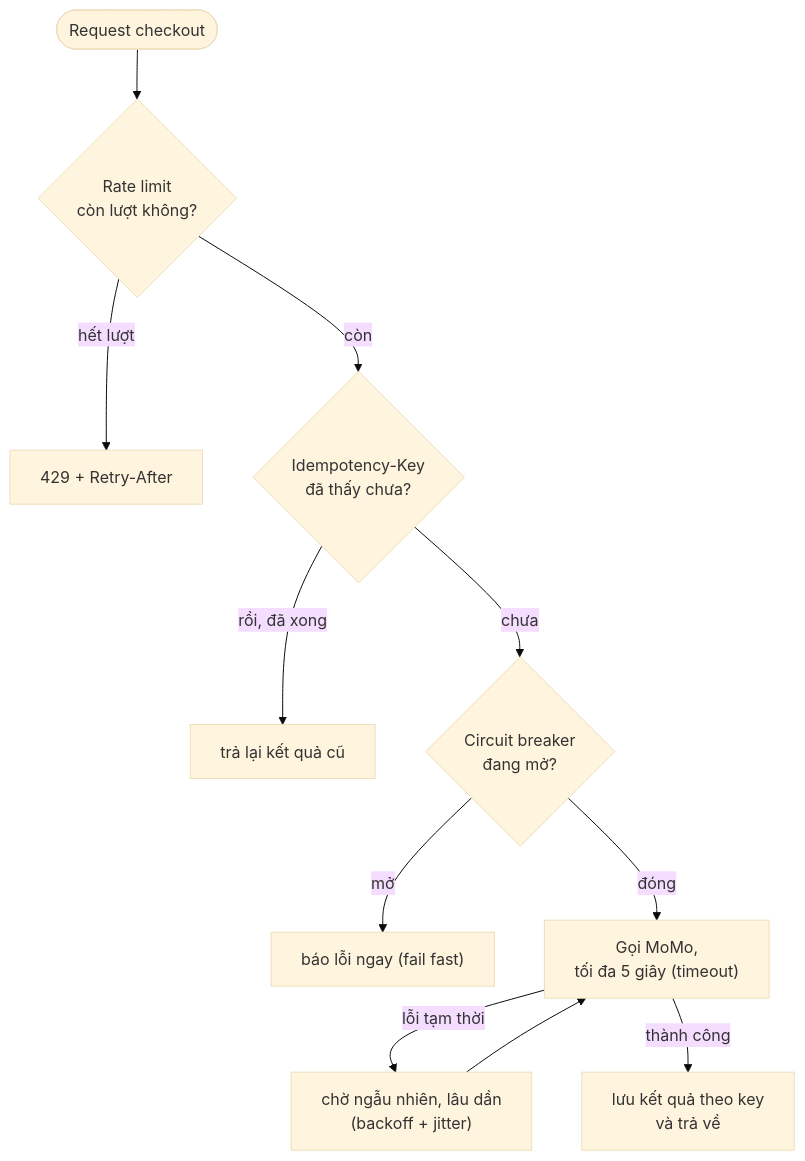
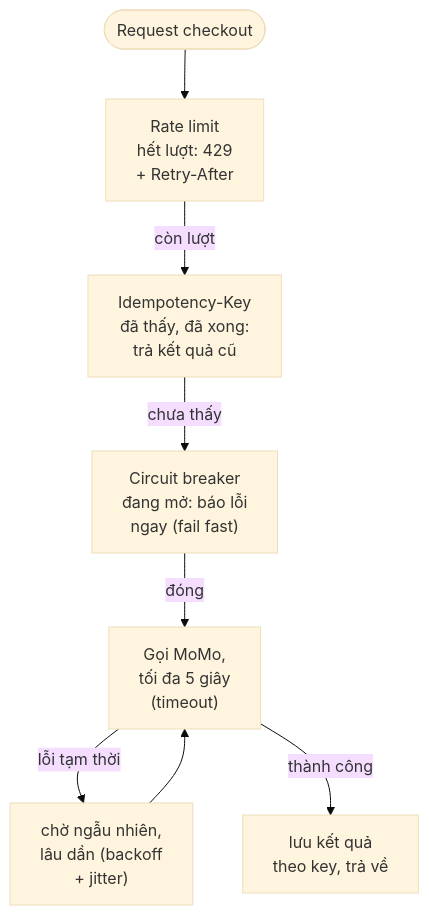
The first of 2 diagrams in content/posts/2026-11-18-api-reliability.md (duongbui234/software-engineering-atlas), drawn with Mermaid (base theme) before and after one commit. The commit also changed other lines of this file and 134 other files, not shown here.

First line of the commit message:
Fit every Mermaid diagram at 390px without sideways scroll (#56)

````diff
--- a/content/posts/2026-11-18-api-reliability.md
+++ b/content/posts/2026-11-18-api-reliability.md
@@ -56,13 +56,10 @@
 ```mermaid
 flowchart TB
-    R([Request checkout]) --> RL{"Rate limit<br/>còn lượt không?"}
-    RL -- hết lượt --> E429["429 + Retry-After"]
-    RL -- còn --> ID{"Idempotency-Key<br/>đã thấy chưa?"}
-    ID -- "rồi, đã xong" --> OLD["trả lại kết quả cũ"]
-    ID -- chưa --> CB{"Circuit breaker<br/>đang mở?"}
-    CB -- mở --> FF["báo lỗi ngay (fail fast)"]
-    CB -- đóng --> T["Gọi MoMo,<br/>tối đa 5 giây (timeout)"]
-    T -- "lỗi tạm thời" --> W["chờ ngẫu nhiên, lâu dần<br/>(backoff + jitter)"]
+    R(["Request checkout"]) --> RL["Rate limit<br/>hết lượt: 429<br/>+ Retry-After"]
+    RL -- còn lượt --> ID["Idempotency-Key<br/>đã thấy, đã xong:<br/>trả kết quả cũ"]
+    ID -- chưa thấy --> CB["Circuit breaker<br/>đang mở: báo lỗi<br/>ngay (fail fast)"]
+    CB -- đóng --> T["Gọi MoMo,<br/>tối đa 5 giây<br/>(timeout)"]
+    T -- "lỗi tạm thời" --> W["chờ ngẫu nhiên,<br/>lâu dần (backoff<br/>+ jitter)"]
     W --> T
-    T -- thành công --> OK["lưu kết quả theo key<br/>và trả về"]
+    T -- thành công --> OK["lưu kết quả<br/>theo key, trả về"]
 ```
````
